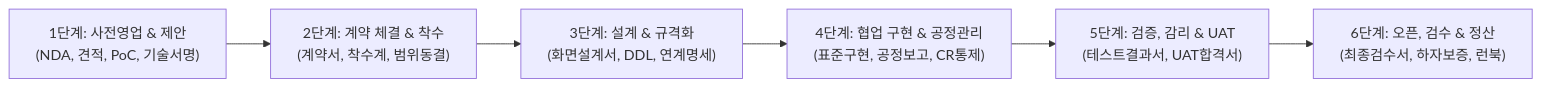
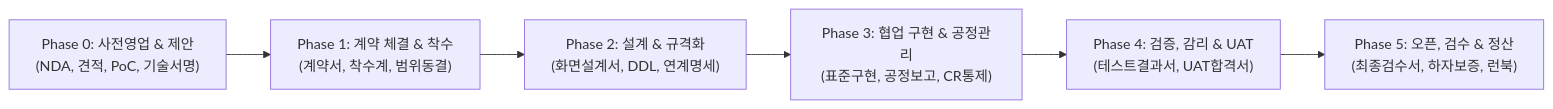
Before and after one commit to DramaticCollaboration/doc.github.io: the second of 3 diagrams in ko/methodology/enterprise-project-lifecycle.md, drawn with Mermaid. The commit also changed other lines of this file and 477 other files, not shown here.

````diff
--- a/ko/methodology/enterprise-project-lifecycle.md
+++ b/ko/methodology/enterprise-project-lifecycle.md
@@ -100,8 +100,8 @@
 ```mermaid
 flowchart LR
-    P1["1단계: 사전영업 & 제안<br/>(NDA, 견적, PoC, 기술서명)"] --> P2["2단계: 계약 체결 & 착수<br/>(계약서, 착수계, 범위동결)"]
-    P2 --> P3["3단계: 설계 & 규격화<br/>(화면설계서, DDL, 연계명세)"]
-    P3 --> P4["4단계: 협업 구현 & 공정관리<br/>(표준구현, 공정보고, CR통제)"]
-    P4 --> P5["5단계: 검증, 감리 & UAT<br/>(테스트결과서, UAT합격서)"]
-    P5 --> P6["6단계: 오픈, 검수 & 정산<br/>(최종검수서, 하자보증, 런북)"]
+    P0["Phase 0: 사전영업 & 제안<br/>(NDA, 견적, PoC, 기술서명)"] --> P1["Phase 1: 계약 체결 & 착수<br/>(계약서, 착수계, 범위동결)"]
+    P1 --> P2["Phase 2: 설계 & 규격화<br/>(화면설계서, DDL, 연계명세)"]
+    P2 --> P3["Phase 3: 협업 구현 & 공정관리<br/>(표준구현, 공정보고, CR통제)"]
+    P3 --> P4["Phase 4: 검증, 감리 & UAT<br/>(테스트결과서, UAT합격서)"]
+    P4 --> P5["Phase 5: 오픈, 검수 & 정산<br/>(최종검수서, 하자보증, 런북)"]
 ```
````
